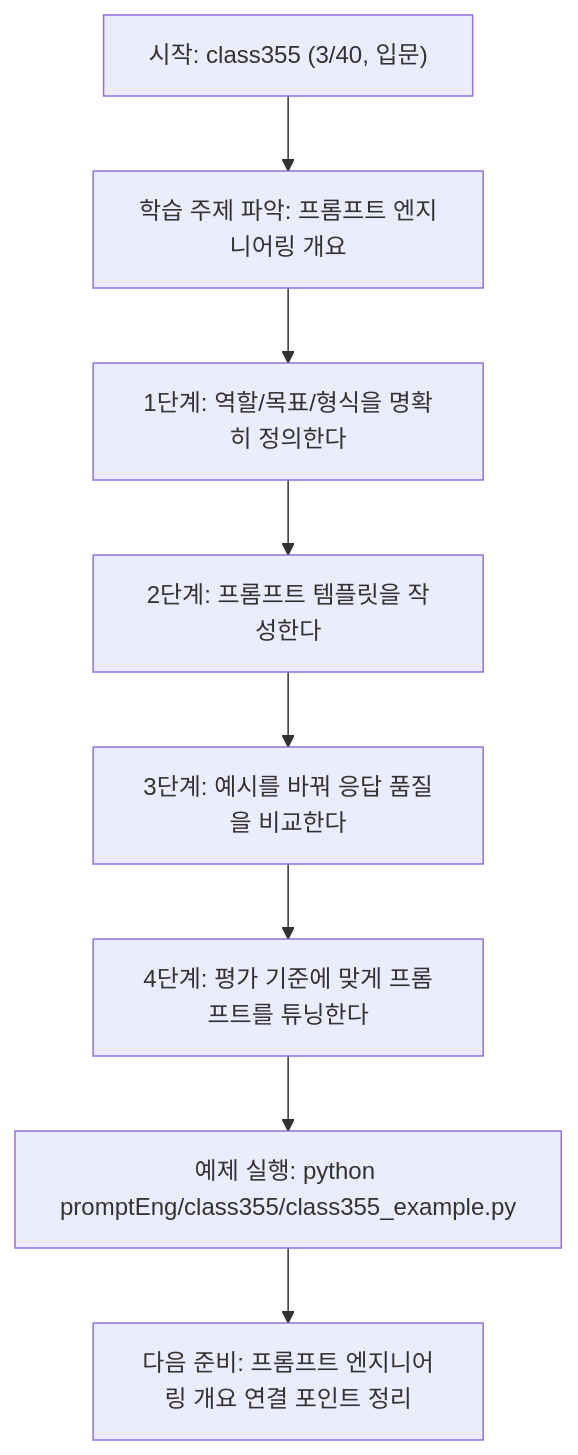
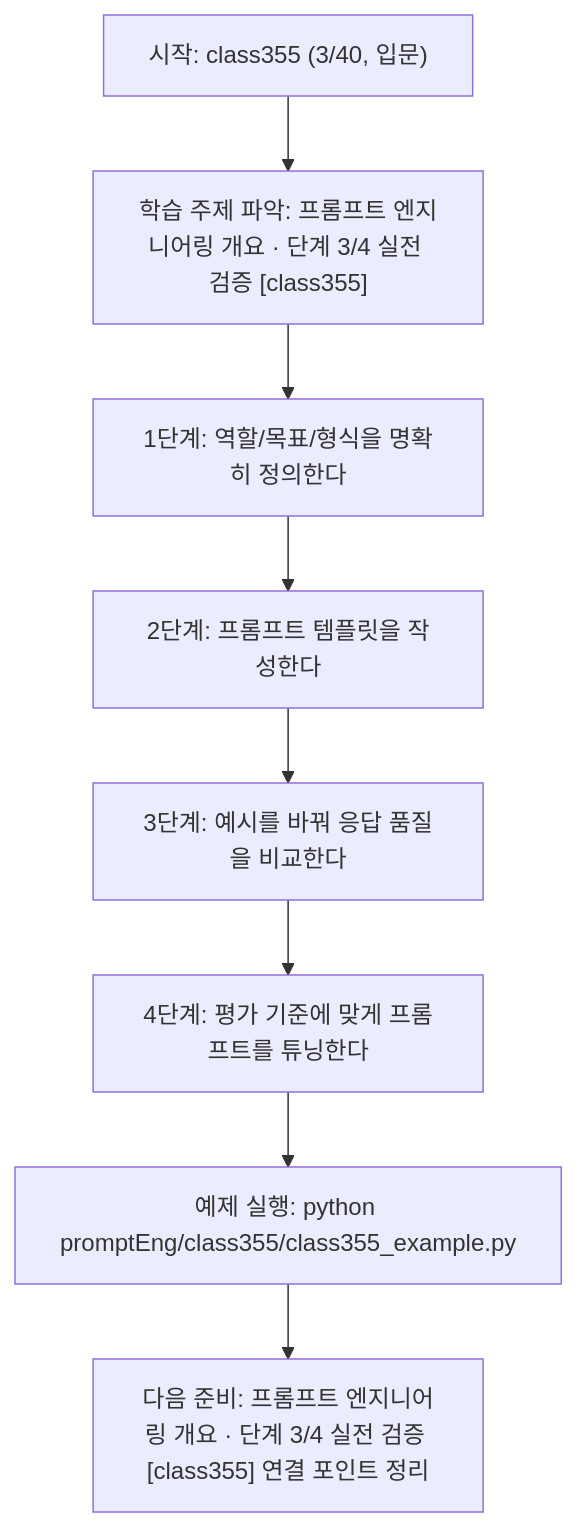
The diagram in promptEng/class355/class355.md (edumgt/Python-AI_Agent-Class), drawn with Mermaid before and after one commit. The commit also changed other lines of this file and 522 other files, not shown here.

````diff
--- a/promptEng/class355/class355.md
+++ b/promptEng/class355/class355.md
@@ -109,18 +110,18 @@
 ```mermaid
 flowchart TD
 N1["시작: class355 (3/40, 입문)"]
-N2["학습 주제 파악: 프롬프트 엔지니어링 개요"]
+N2["학습 주제 파악: 프롬프트 엔지니어링 개요 · 단계 3/4 실전 검증 [class355]"]
 N3["1단계: 역할/목표/형식을 명확히 정의한다"]
 N4["2단계: 프롬프트 템플릿을 작성한다"]
 N5["3단계: 예시를 바꿔 응답 품질을 비교한다"]
 N6["4단계: 평가 기준에 맞게 프롬프트를 튜닝한다"]
 N7["예제 실행: python promptEng/class355/class355_example.py"]
-N8["다음 준비: 프롬프트 엔지니어링 개요 연결 포인트 정리"]
+N8["다음 준비: 프롬프트 엔지니어링 개요 · 단계 3/4 실전 검증 [class355] 연결 포인트 정리"]
 N1 --> N2
 N2 --> N3
 N3 --> N4
 N4 --> N5
 N5 --> N6
 N6 --> N7
 N7 --> N8
 ```
````
